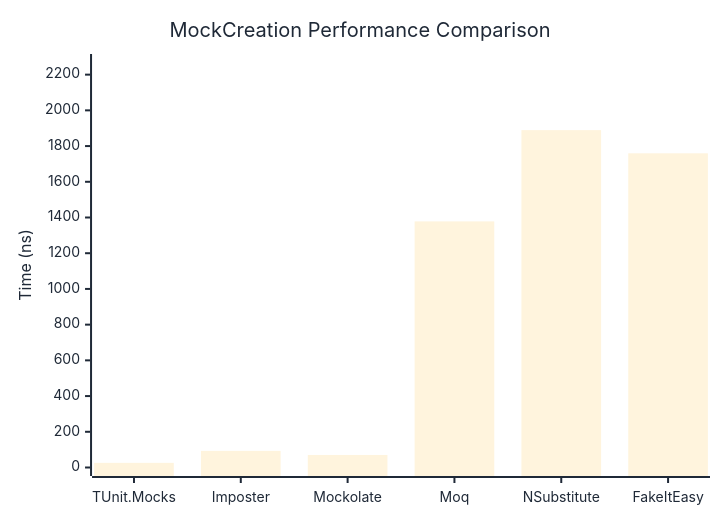
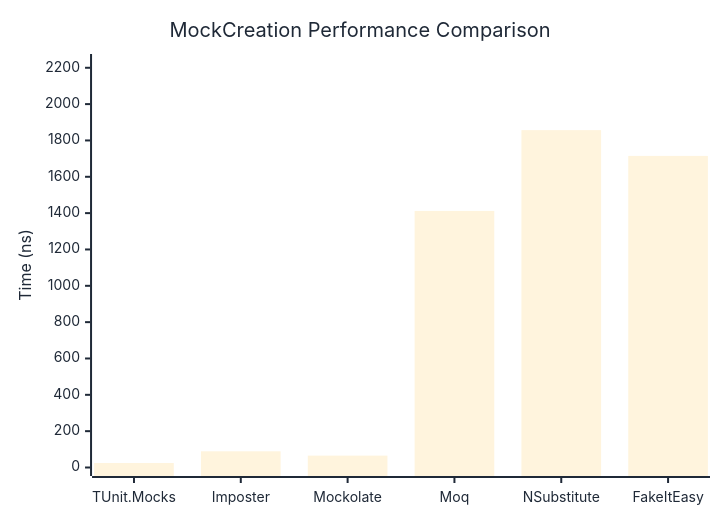
Before and after one commit to thomhurst/TUnit: the first of 2 diagrams in docs/docs/benchmarks/mocks/MockCreation.md, drawn with Mermaid. The commit also changed other lines of this file and 14 other files, not shown here.

````diff
--- a/docs/docs/benchmarks/mocks/MockCreation.md
+++ b/docs/docs/benchmarks/mocks/MockCreation.md
@@ -28,27 +28,27 @@
 ```mermaid
 %%{init: {
   'theme':'base',
   'themeVariables': {
     'primaryColor': '#2563eb',
     'primaryTextColor': '#1f2937',
     'primaryBorderColor': '#1e40af',
     'lineColor': '#6b7280',
     'secondaryColor': '#7c3aed',
     'tertiaryColor': '#dc2626',
     'background': '#ffffff',
     'pie1': '#2563eb',
     'pie2': '#7c3aed',
     'pie3': '#dc2626',
     'pie4': '#f59e0b',
     'pie5': '#10b981',
     'pie6': '#06b6d4',
     'pie7': '#ec4899',
     'pie8': '#6366f1'
   }
 }}%%
 xychart-beta
   title "MockCreation Performance Comparison"
   x-axis ["TUnit.Mocks", "Imposter", "Mockolate", "Moq", "NSubstitute", "FakeItEasy"]
-  y-axis "Time (ns)" 0 --> 2268
-  bar [26.08, 93.04, 70.25, 1378.18, 1889.33, 1759.42]
+  y-axis "Time (ns)" 0 --> 2229
+  bar [24.81, 89.09, 65.4, 1412.04, 1856.74, 1714.86]
 ```
````
